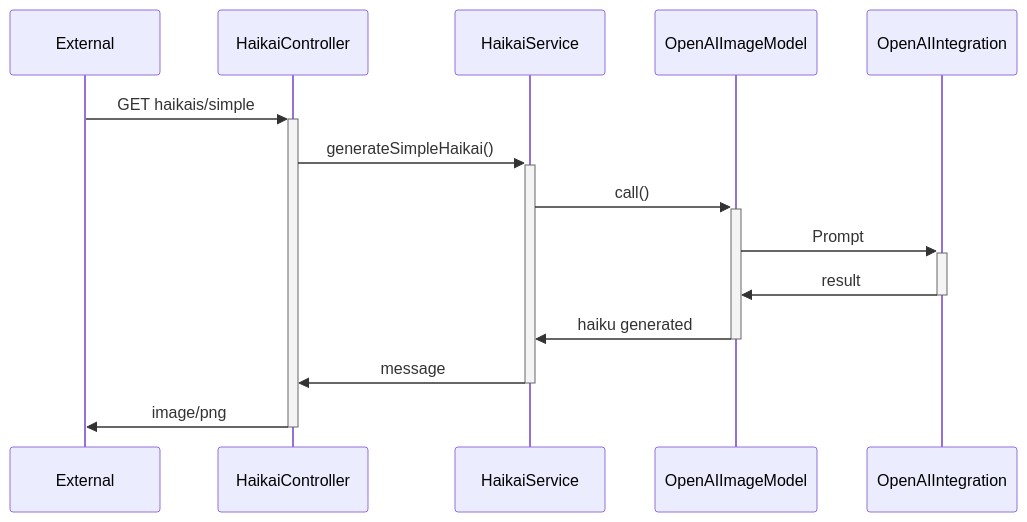
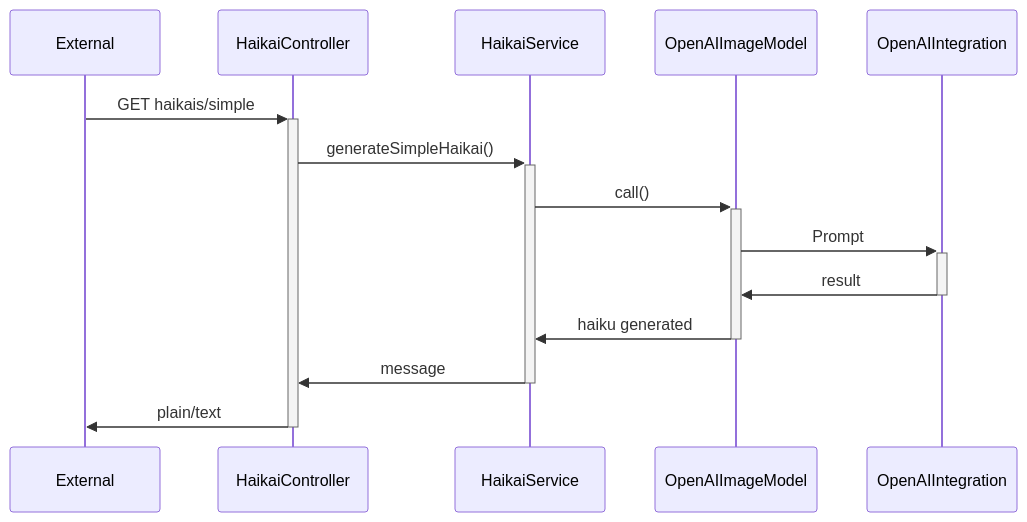
One commit to ortolanph/haikAI changed the first of 5 diagrams in article/article.md. Above: the diagram before and after it, drawn with Mermaid. The commit also changed other lines of this file and 9 other files, not shown here.

Commit message:
changes to the article and adding diagram pictures

````diff
--- a/article/article.md
+++ b/article/article.md
@@ -98,11 +97,11 @@
 ```mermaid
 sequenceDiagram
     External ->>+ HaikaiController: GET haikais/simple
     HaikaiController ->>+ HaikaiService: generateSimpleHaikai()
     HaikaiService ->>+ OpenAIImageModel: call()
     OpenAIImageModel ->>+ OpenAIIntegration: Prompt
     OpenAIIntegration ->>- OpenAIImageModel: result
     OpenAIImageModel ->>- HaikaiService: haiku generated
     HaikaiService ->>- HaikaiController: message
-    HaikaiController ->>- External: image/png
+    HaikaiController ->>- External: plain/text
 ```
````
